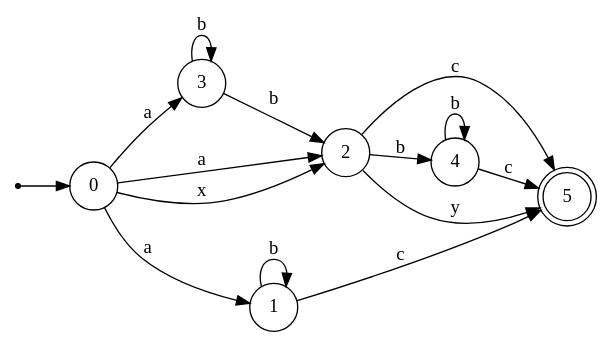
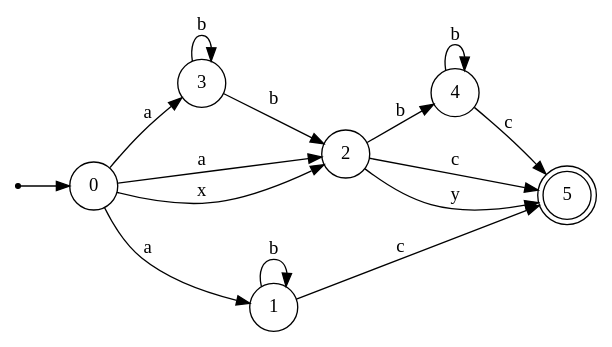
Before and after one commit to LeonardoDeFaveri/NFA-minimization: the diagram in nfa.gv, drawn with Graphviz. The commit also changed other lines of this file and 14 other files, not shown here.

```diff
--- a/nfa.gv
+++ b/nfa.gv
@@ -1,25 +1,25 @@
 digraph {
 	rankdir = LR;
 	size = "30,20";
 	node [shape = point]; "dummy0"
 	node [shape = circle]; "0"
 	"dummy0" -> "0";
+	node [shape = circle]; "2";
+	node [shape = doublecircle]; "5";
+	node [shape = circle]; "1";
 	node [shape = circle]; "4";
-	node [shape = circle]; "2";
-	node [shape = circle]; "1";
-	node [shape = doublecircle]; "5";
 	node [shape = circle]; "3";
-	"2" -> "4" [label = "b"];
-	"2" -> "5" [label = "y"];
-	"2" -> "5" [label = "c"];
 	"3" -> "2" [label = "b"];
 	"3" -> "3" [label = "b"];
+	"0" -> "2" [label = "a"];
+	"0" -> "3" [label = "a"];
+	"0" -> "1" [label = "a"];
+	"0" -> "2" [label = "x"];
+	"2" -> "4" [label = "b"];
+	"2" -> "5" [label = "c"];
+	"2" -> "5" [label = "y"];
 	"4" -> "4" [label = "b"];
 	"4" -> "5" [label = "c"];
 	"1" -> "1" [label = "b"];
 	"1" -> "5" [label = "c"];
-	"0" -> "1" [label = "a"];
-	"0" -> "2" [label = "a"];
-	"0" -> "3" [label = "a"];
-	"0" -> "2" [label = "x"];
 }
```
